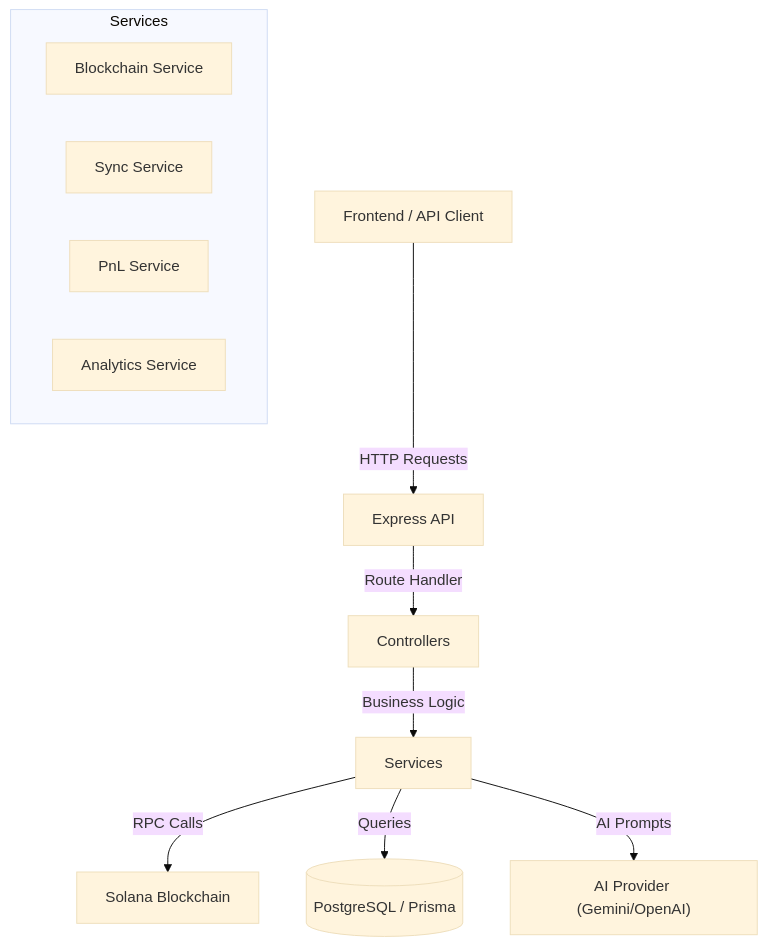
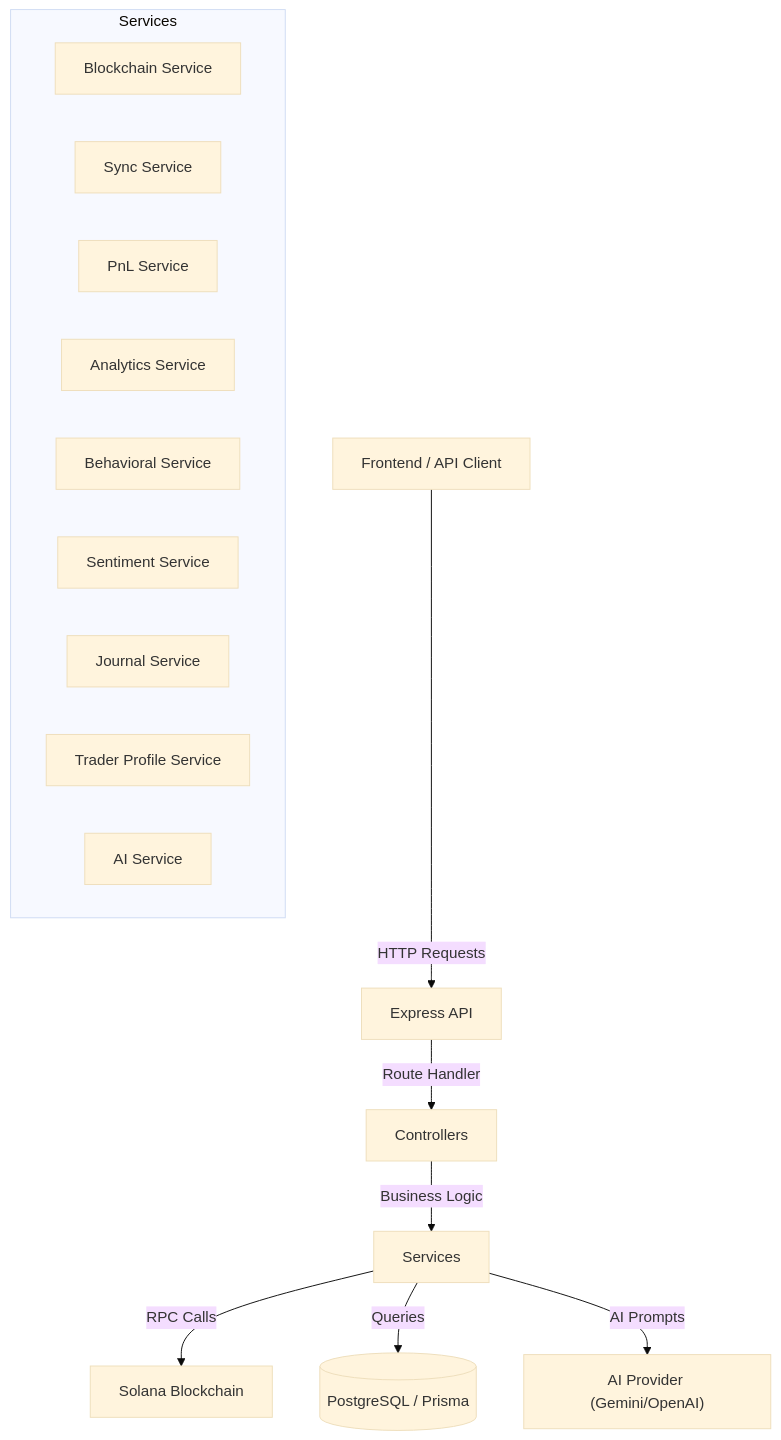
One commit to Fortexfreddie/deriverse_backend changed the diagram in README.md. Above: the diagram before and after it, drawn with Mermaid (base theme). The commit also changed other lines of this file and 29 other files, not shown here.

````diff
--- a/README.md
+++ b/README.md
@@ -29,17 +29,22 @@
 ```mermaid
 graph TD
     Client["Frontend / API Client"] -->|HTTP Requests| API["Express API"]
     API -->|Route Handler| Controller["Controllers"]
     Controller -->|Business Logic| Service["Services"]
     
     subgraph Services
         BlockchainService["Blockchain Service"]
         SyncService["Sync Service"]
         PnlService["PnL Service"]
         AnalyticsService["Analytics Service"]
+        BehavioralService["Behavioral Service"]
+        SentimentService["Sentiment Service"]
+        JournalService["Journal Service"]
+        TraderProfileService["Trader Profile Service"]
+        AIService["AI Service"]
     end
     
     Service -->|RPC Calls| Solana["Solana Blockchain"]
     Service -->|Queries| DB[("PostgreSQL / Prisma")]
     Service -->|AI Prompts| AI["AI Provider (Gemini/OpenAI)"]
 ```
````
